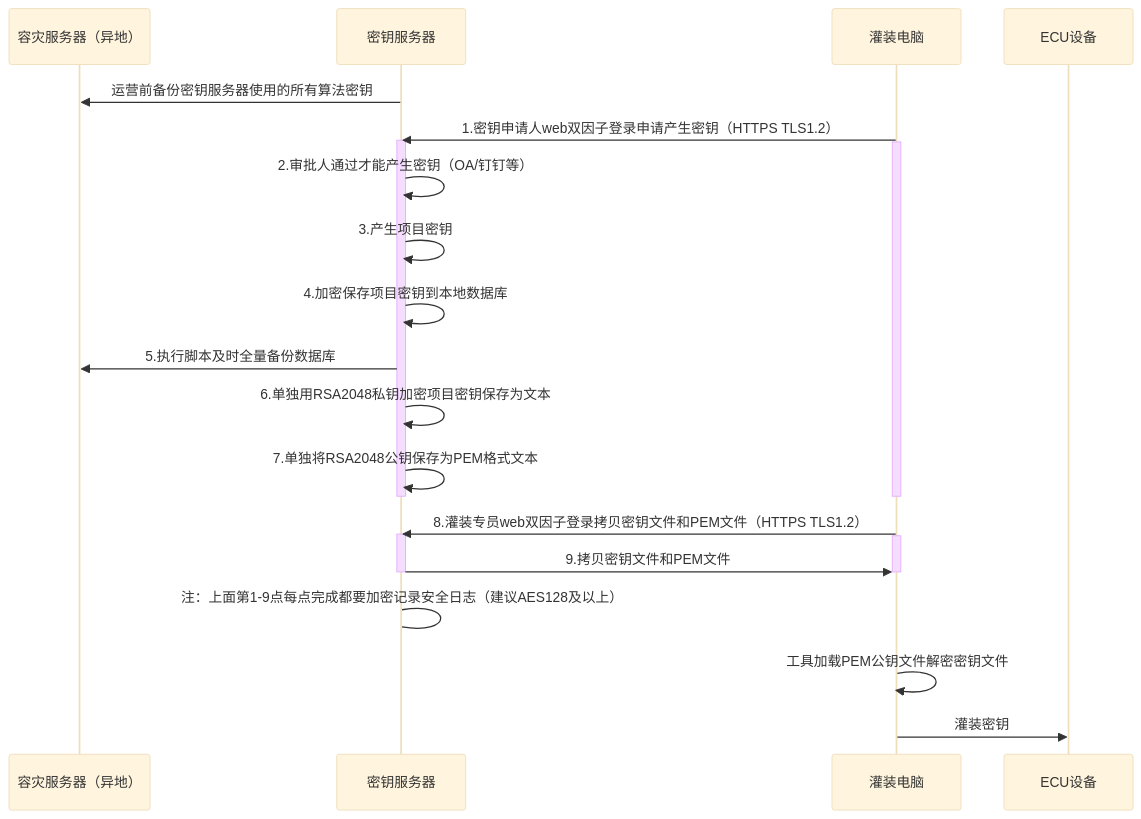
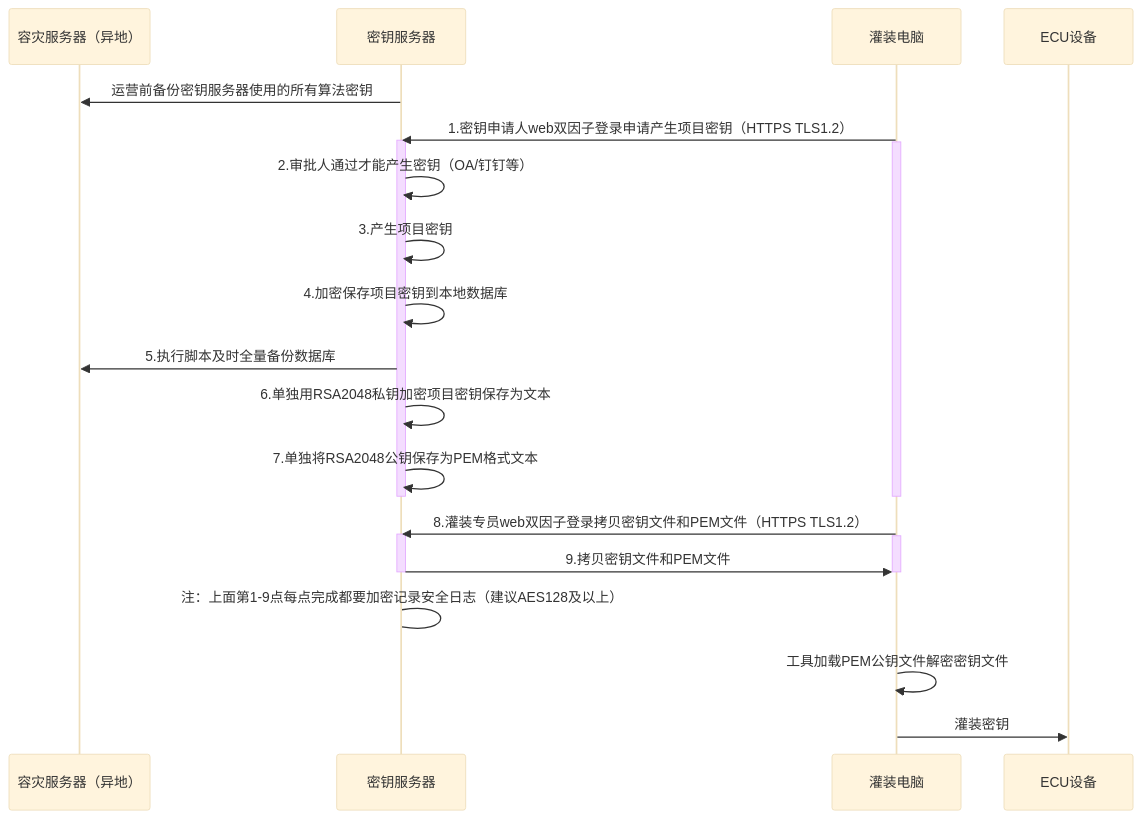
One commit to facebook-cloud/iodraw-files changed the diagram in all/未命名-15.md. Above: the diagram before and after it, drawn with Mermaid (base theme).

Commit message:
2026-02-12 16:41:59 update

````diff
--- a/all/未命名-15.md
+++ b/all/未命名-15.md
@@ -1,32 +1,32 @@
 ```mermaid
 sequenceDiagram
     participant A as 容灾服务器（异地）
     participant B as 密钥服务器
     participant D as 灌装电脑
     participant E as ECU设备
 
     B->>A: 运营前备份密钥服务器使用的所有算法密钥
-    D->>B: 1.密钥申请人web双因子登录申请产生密钥（HTTPS TLS1.2）
+    D->>B: 1.密钥申请人web双因子登录申请产生项目密钥（HTTPS TLS1.2）
     activate B
     activate D
     B->>B: 2.审批人通过才能产生密钥（OA/钉钉等）
     B->>B: 3.产生项目密钥
     B->>B: 4.加密保存项目密钥到本地数据库
     B->>A: 5.执行脚本及时全量备份数据库
     B->>B: 6.单独用RSA2048私钥加密项目密钥保存为文本
     B->>B: 7.单独将RSA2048公钥保存为PEM格式文本
     deactivate B
     deactivate D
     
     D->>B: 8.灌装专员web双因子登录拷贝密钥文件和PEM文件（HTTPS TLS1.2）
     activate B
     activate D
     B->>D: 9.拷贝密钥文件和PEM文件
     deactivate B
     deactivate D
     B->B: 注：上面第1-9点每点完成都要加密记录安全日志（建议AES128及以上）
 
     D->>D:工具加载PEM公钥文件解密密钥文件
     
     D->>E: 灌装密钥
 ```
````
